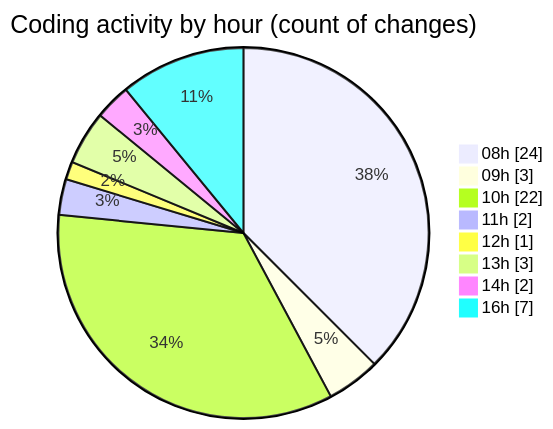
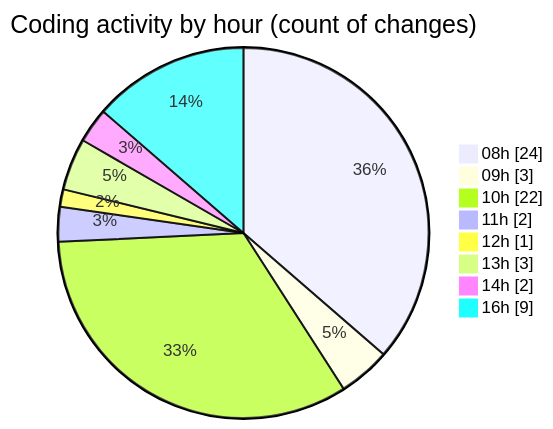
One commit to julien-gomy/code-tracking changed the second of 2 diagrams in 2025-11-07/eventscop-frontend-guide__workspace_/README.md. Above: the diagram before and after it, drawn with Mermaid. The commit also changed other lines of this file and 1 other file, not shown here.

````diff
--- a/2025-11-07/eventscop-frontend-guide__workspace_/README.md
+++ b/2025-11-07/eventscop-frontend-guide__workspace_/README.md
@@ -54,12 +54,12 @@
 ```mermaid
 pie showData
 title Coding activity by hour (count of changes)
 "08h" : 24
 "09h" : 3
 "10h" : 22
 "11h" : 2
 "12h" : 1
 "13h" : 3
 "14h" : 2
-"16h" : 7
+"16h" : 9
 ```
````
